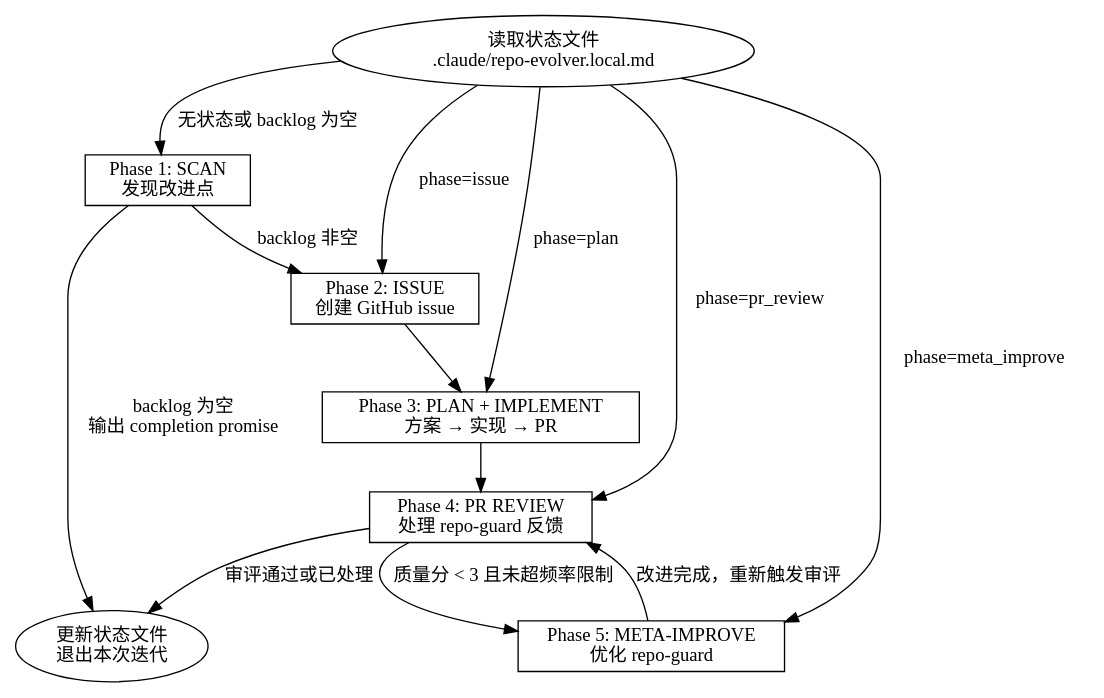
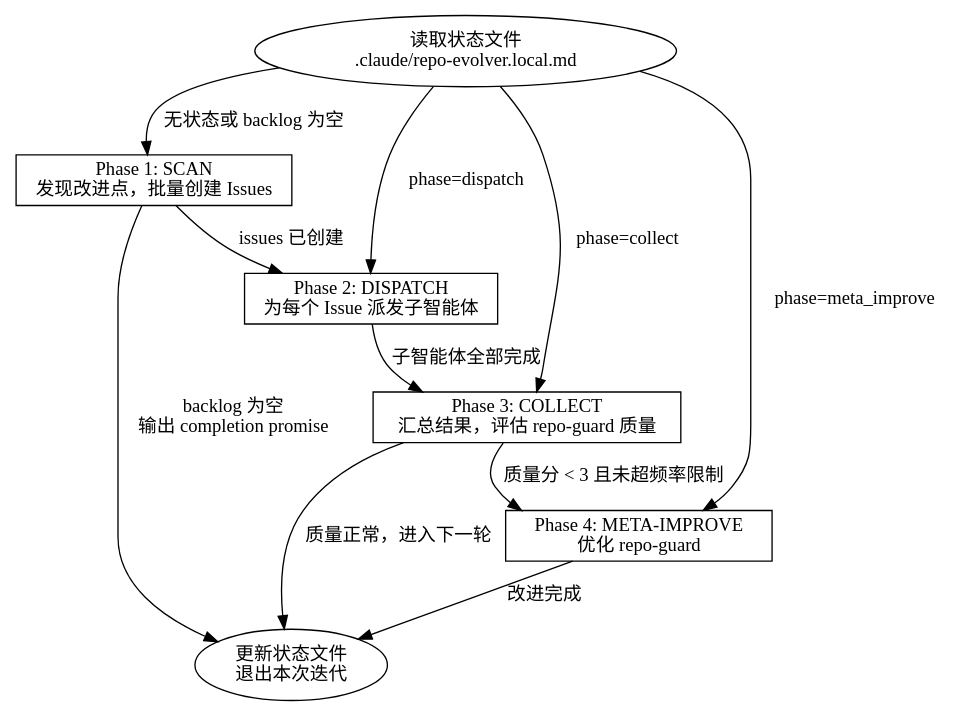
The diagram in repo-evolver/SKILL.md (ceilf6/skills), drawn with Graphviz before and after one commit. The commit also changed other lines of this file and 1 other file, not shown here.

Commit message:
feat: 每个子智能体负责完整闭环：plan → implement → PR → 等待 repo-guard 审评 → 处理反馈 → 确认 CI

````diff
--- a/repo-evolver/SKILL.md
+++ b/repo-evolver/SKILL.md
@@ -47,28 +47,25 @@
 ```dot
 digraph repo_evolver {
     rankdir=TB;
     node [shape=box];
 
     init [label="读取状态文件\n.claude/repo-evolver.local.md" shape=ellipse];
-    scan [label="Phase 1: SCAN\n发现改进点"];
-    issue [label="Phase 2: ISSUE\n创建 GitHub issue"];
-    plan [label="Phase 3: PLAN + IMPLEMENT\n方案 → 实现 → PR"];
-    review [label="Phase 4: PR REVIEW\n处理 repo-guard 反馈"];
-    meta [label="Phase 5: META-IMPROVE\n优化 repo-guard"];
+    scan [label="Phase 1: SCAN\n发现改进点，批量创建 Issues"];
+    dispatch [label="Phase 2: DISPATCH\n为每个 Issue 派发子智能体"];
+    collect [label="Phase 3: COLLECT\n汇总结果，评估 repo-guard 质量"];
+    meta [label="Phase 4: META-IMPROVE\n优化 repo-guard"];
     done [label="更新状态文件\n退出本次迭代" shape=ellipse];
 
     init -> scan [label="无状态或 backlog 为空"];
-    init -> issue [label="phase=issue"];
-    init -> plan [label="phase=plan"];
-    init -> review [label="phase=pr_review"];
+    init -> dispatch [label="phase=dispatch"];
+    init -> collect [label="phase=collect"];
     init -> meta [label="phase=meta_improve"];
 
-    scan -> issue [label="backlog 非空"];
+    scan -> dispatch [label="issues 已创建"];
     scan -> done [label="backlog 为空\n输出 completion promise"];
-    issue -> plan;
-    plan -> review;
-    review -> done [label="审评通过或已处理"];
-    review -> meta [label="质量分 < 3 且未超频率限制"];
-    meta -> review [label="改进完成，重新触发审评"];
+    dispatch -> collect [label="子智能体全部完成"];
+    collect -> done [label="质量正常，进入下一轮"];
+    collect -> meta [label="质量分 < 3 且未超频率限制"];
+    meta -> done [label="改进完成"];
 }
 ```
````
